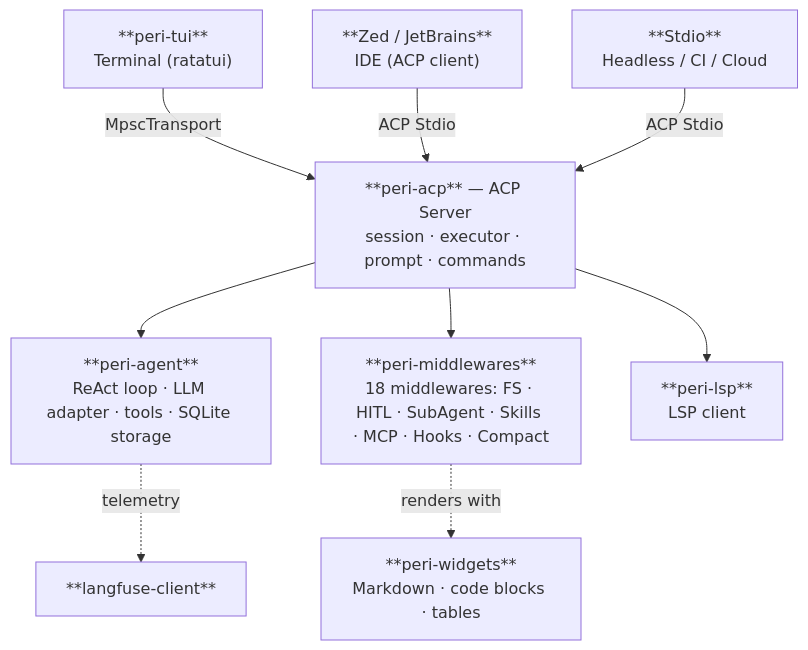
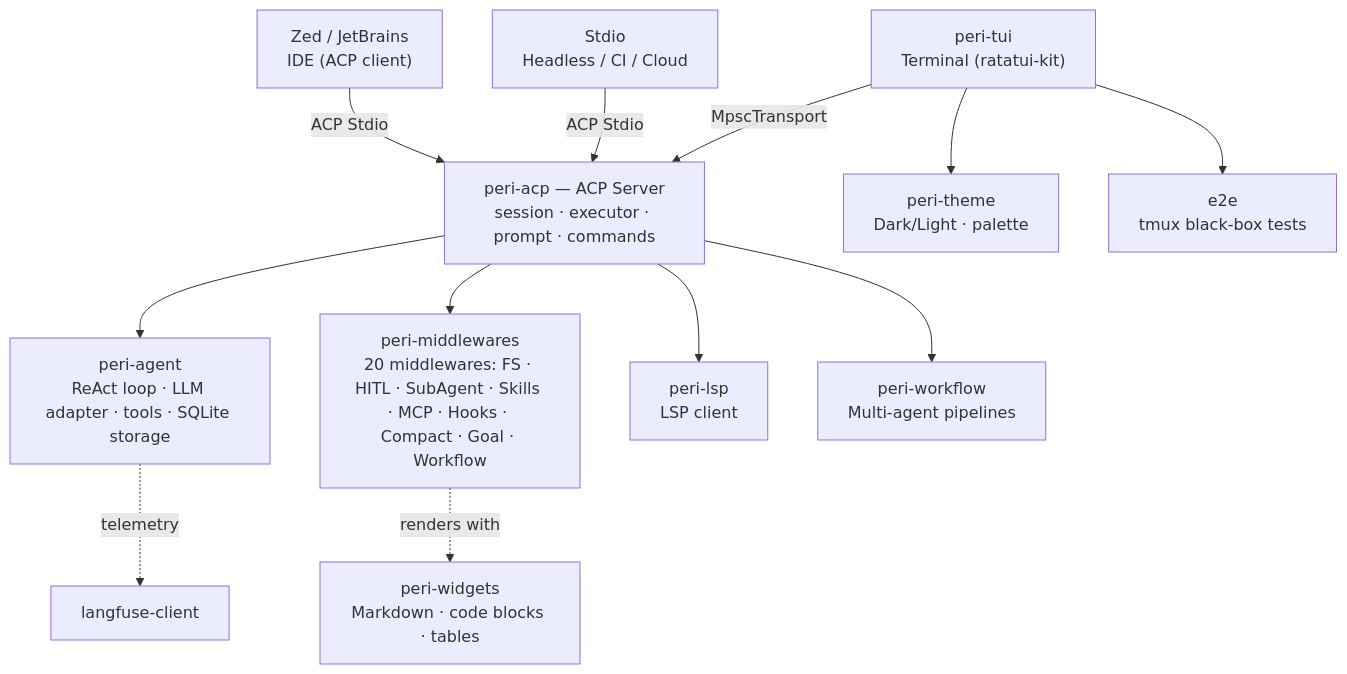
One commit to KonghaYao/peri changed the diagram in README.md. Above: the diagram before and after it, drawn with Mermaid. The commit also changed other lines of this file, not shown here.

````diff
--- a/README.md
+++ b/README.md
@@ -54,19 +57,23 @@
 ```mermaid
 graph TD
-    TUI["**peri-tui**<br/>Terminal (ratatui)"]
-    IDE["**Zed / JetBrains**<br/>IDE (ACP client)"]
-    STDIO["**Stdio**<br/>Headless / CI / Cloud"]
+    TUI["peri-tui<br/>Terminal (ratatui-kit)"]
+    IDE["Zed / JetBrains<br/>IDE (ACP client)"]
+    STDIO["Stdio<br/>Headless / CI / Cloud"]
 
     TUI -->|MpscTransport| ACP
     IDE -->|ACP Stdio| ACP
     STDIO -->|ACP Stdio| ACP
 
-    ACP["**peri-acp** — ACP Server<br/>session · executor · prompt · commands"]
+    ACP["peri-acp — ACP Server<br/>session · executor · prompt · commands"]
 
-    ACP --> AGENT["**peri-agent**<br/>ReAct loop · LLM adapter · tools · SQLite storage"]
-    ACP --> MW["**peri-middlewares**<br/>18 middlewares: FS · HITL · SubAgent · Skills · MCP · Hooks · Compact"]
-    ACP --> LSP["**peri-lsp**<br/>LSP client"]
+    ACP --> AGENT["peri-agent<br/>ReAct loop · LLM adapter · tools · SQLite storage"]
+    ACP --> MW["peri-middlewares<br/>20 middlewares: FS · HITL · SubAgent · Skills · MCP · Hooks · Compact · Goal · Workflow"]
+    ACP --> LSP["peri-lsp<br/>LSP client"]
 
-    AGENT -.->|telemetry| LF["**langfuse-client**"]
-    MW -.->|renders with| WIDGETS["**peri-widgets**<br/>Markdown · code blocks · tables"]
+    AGENT -.->|telemetry| LF["langfuse-client"]
+    MW -.->|renders with| WIDGETS["peri-widgets<br/>Markdown · code blocks · tables"]
+
+    TUI --> THEME["peri-theme<br/>Dark/Light · palette"]
+    ACP --> WORKFLOW["peri-workflow<br/>Multi-agent pipelines"]
+    TUI --> E2E["e2e<br/>tmux black-box tests"]
 ```
````
